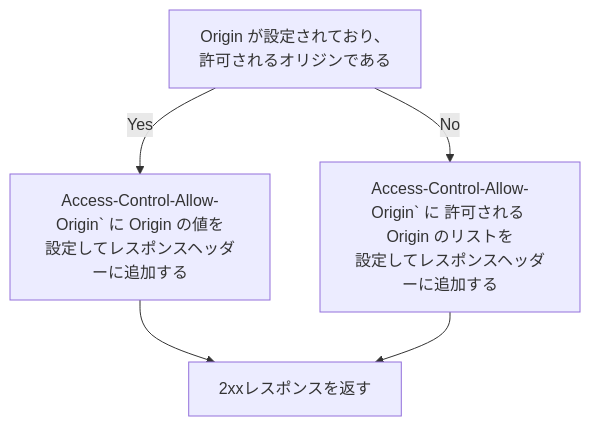
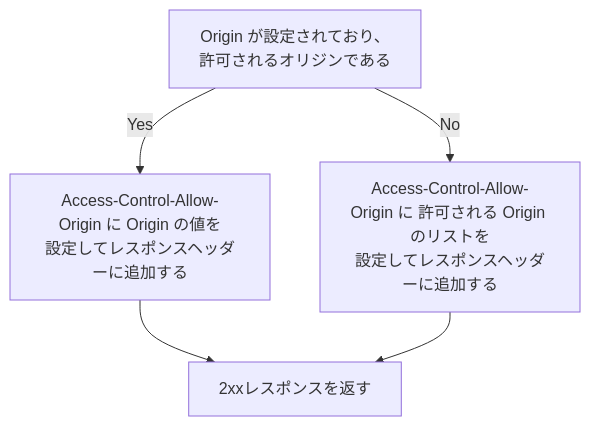
One commit to zeek0x/cors-handson changed the second of 4 diagrams in README.md. Above: the diagram before and after it, drawn with Mermaid.

````diff
--- a/README.md
+++ b/README.md
@@ -183,11 +183,11 @@
 ```mermaid
 flowchart
 
 A["Origin が設定されており、\n許可されるオリジンである"]
-B[Access-Control-Allow-Origin` に Origin の値を\n設定してレスポンスヘッダーに追加する]
-C[Access-Control-Allow-Origin` に 許可される Origin のリストを\n設定してレスポンスヘッダーに追加する]
+B[Access-Control-Allow-Origin に Origin の値を\n設定してレスポンスヘッダーに追加する]
+C[Access-Control-Allow-Origin に 許可される Origin のリストを\n設定してレスポンスヘッダーに追加する]
 D[2xxレスポンスを返す]
 
 A -- Yes --> B --> D
 A -- No --> C --> D
 ```
````
